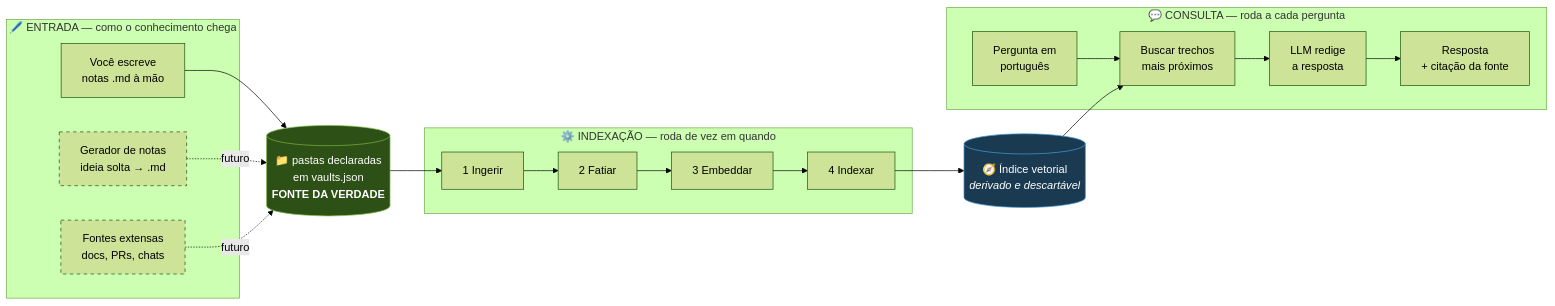
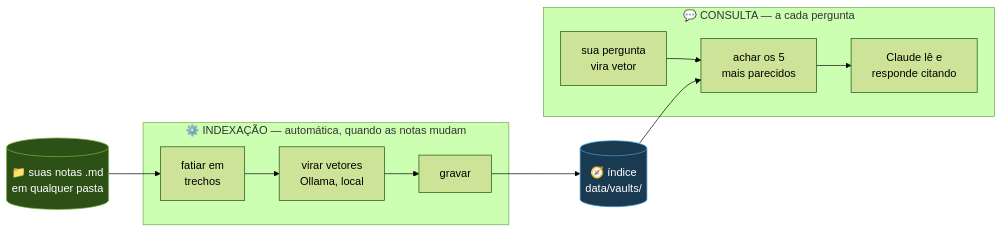
The second of 2 diagrams in docs/arquitetura.md (HeitorM50/dev-second-brain), drawn with Mermaid (forest theme) before and after one commit. The commit also changed other lines of this file, not shown here.

Commit message:
refactor: restructure architecture documentation to emphasize current status, project priorities, and architectural philosophy

````diff
--- a/docs/arquitetura.md
+++ b/docs/arquitetura.md
@@ -135,33 +90,20 @@
 ```mermaid
 flowchart LR
-    subgraph ENTRADA["🖊️ ENTRADA — como o conhecimento chega"]
-        A1["Você escreve<br/>notas .md à mão"]
-        A2["Gerador de notas<br/>ideia solta → .md"]
-        A3["Fontes extensas<br/>docs, PRs, chats"]
+    N[("📁 suas notas .md<br/>em qualquer pasta")]
+
+    subgraph IDX["⚙️ INDEXAÇÃO — automática, quando as notas mudam"]
+        I1["fatiar em<br/>trechos"] --> I2["virar vetores<br/>Ollama, local"] --> I3["gravar"]
     end
 
-    V[("📁 pastas declaradas<br/>em vaults.json<br/><b>FONTE DA VERDADE</b>")]
+    A[("🧭 índice<br/>data/vaults/")]
 
-    subgraph INDEXACAO["⚙️ INDEXAÇÃO — roda de vez em quando"]
-        B1["1 Ingerir"] --> B2["2 Fatiar"] --> B3["3 Embeddar"] --> B4["4 Indexar"]
+    subgraph BUSCA["💬 CONSULTA — a cada pergunta"]
+        B1["sua pergunta<br/>vira vetor"] --> B2["achar os 5<br/>mais parecidos"] --> B3["Claude lê e<br/>responde citando"]
     end
 
-    IDX[("🧭 Índice vetorial<br/><i>derivado e descartável</i>")]
+    N --> I1
+    I3 --> A --> B2
 
-    subgraph CONSULTA["💬 CONSULTA — roda a cada pergunta"]
-        C1["Pergunta em<br/>português"] --> C2["Buscar trechos<br/>mais próximos"]
-        C2 --> C3["LLM redige<br/>a resposta"] --> C4["Resposta<br/>+ citação da fonte"]
-    end
-
-    A1 --> V
-    A2 -. "futuro" .-> V
-    A3 -. "futuro" .-> V
-    V --> B1
-    B4 --> IDX
-    IDX --> C2
-
-    style V fill:#2d5016,stroke:#7cb342,color:#fff
-    style IDX fill:#1a3a52,stroke:#4a9eda,color:#fff
-    style A2 stroke-dasharray: 5 5
-    style A3 stroke-dasharray: 5 5
+    style N fill:#2d5016,stroke:#7cb342,color:#fff
+    style A fill:#1a3a52,stroke:#4a9eda,color:#fff
 ```
````
